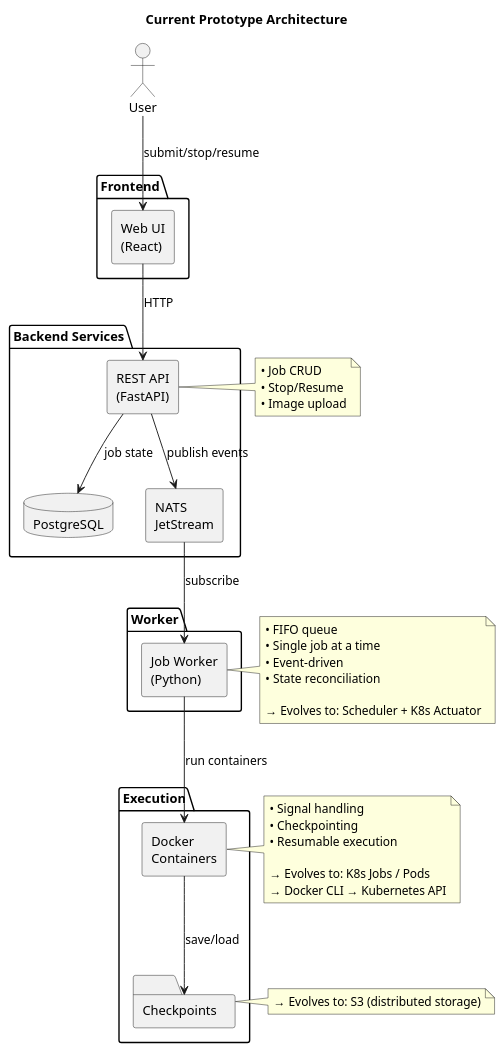
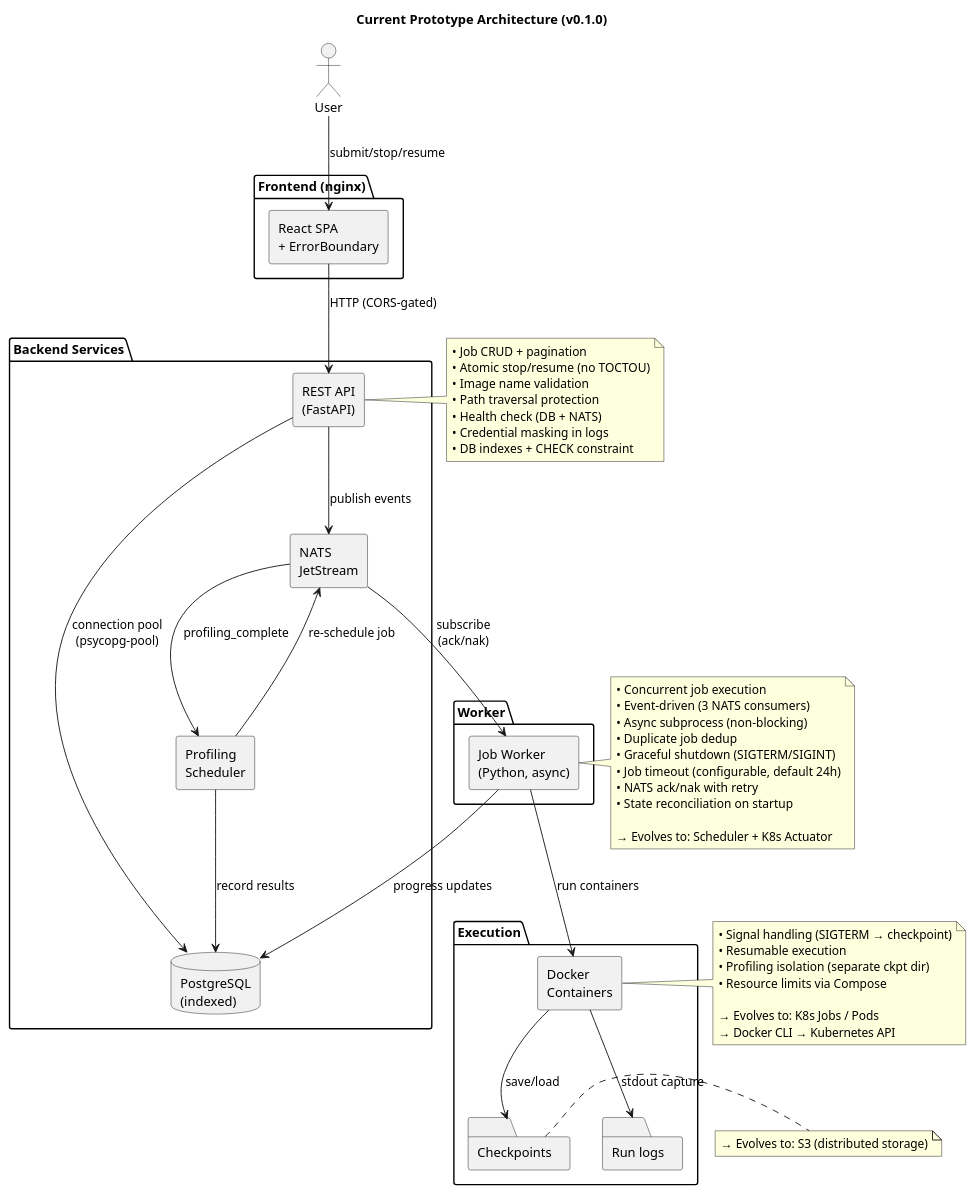
Before and after one commit to janwan2003/intelligent-job-management: the diagram in documentation/current_prototype_status.puml, drawn with PlantUML. The commit also changed 41 other files, not shown here.

```diff
--- a/documentation/current_prototype_status.puml
+++ b/documentation/current_prototype_status.puml
@@ -1,65 +1,81 @@
 @startuml CurrentPrototype
-title Current Prototype Architecture
+title Current Prototype Architecture (v0.1.0)
 
 skinparam shadowing false
 skinparam componentStyle rectangle
 
 actor User
 
-package "Frontend" {
-    rectangle "Web UI\n(React)" as UI
+package "Frontend (nginx)" {
+    rectangle "React SPA\n+ ErrorBoundary" as UI
 }
 
 package "Backend Services" {
     rectangle "REST API\n(FastAPI)" as API
-    database "PostgreSQL" as DB
+    database "PostgreSQL\n(indexed)" as DB
     rectangle "NATS\nJetStream" as NATS
+    rectangle "Profiling\nScheduler" as Profiler
 }
 
 package "Worker" {
-    rectangle "Job Worker\n(Python)" as JobWorker
+    rectangle "Job Worker\n(Python, async)" as JobWorker
 }
 
 package "Execution" {
     rectangle "Docker\nContainers" as Docker
     folder "Checkpoints" as Checkpoints
+    folder "Run logs" as Logs
 }
 
 ' Interactions
 User --> UI : submit/stop/resume
-UI --> API : HTTP
-API --> DB : job state
+UI --> API : HTTP (CORS-gated)
+API --> DB : connection pool\n(psycopg-pool)
 API --> NATS : publish events
-NATS --> JobWorker : subscribe
+NATS --> JobWorker : subscribe\n(ack/nak)
+NATS --> Profiler : profiling_complete
+Profiler --> DB : record results
+Profiler --> NATS : re-schedule job
 JobWorker --> Docker : run containers
+JobWorker --> DB : progress updates
 Docker --> Checkpoints : save/load
+Docker --> Logs : stdout capture
 
 note right of API
-    • Job CRUD
-    • Stop/Resume
-    • Image upload
+    • Job CRUD + pagination
+    • Atomic stop/resume (no TOCTOU)
+    • Image name validation
+    • Path traversal protection
+    • Health check (DB + NATS)
+    • Credential masking in logs
+    • DB indexes + CHECK constraint
 end note
 
 note right of JobWorker
-    • FIFO queue
-    • Single job at a time
-    • Event-driven
-    • State reconciliation
-    
+    • Concurrent job execution
+    • Event-driven (3 NATS consumers)
+    • Async subprocess (non-blocking)
+    • Duplicate job dedup
+    • Graceful shutdown (SIGTERM/SIGINT)
+    • Job timeout (configurable, default 24h)
+    • NATS ack/nak with retry
+    • State reconciliation on startup
+
     → Evolves to: Scheduler + K8s Actuator
 end note
 
 note right of Docker
-    • Signal handling
-    • Checkpointing
+    • Signal handling (SIGTERM → checkpoint)
     • Resumable execution
-    
+    • Profiling isolation (separate ckpt dir)
+    • Resource limits via Compose
+
     → Evolves to: K8s Jobs / Pods
     → Docker CLI → Kubernetes API
 end note
 
 note right of Checkpoints
     → Evolves to: S3 (distributed storage)
 end note
 
 @enduml
```
